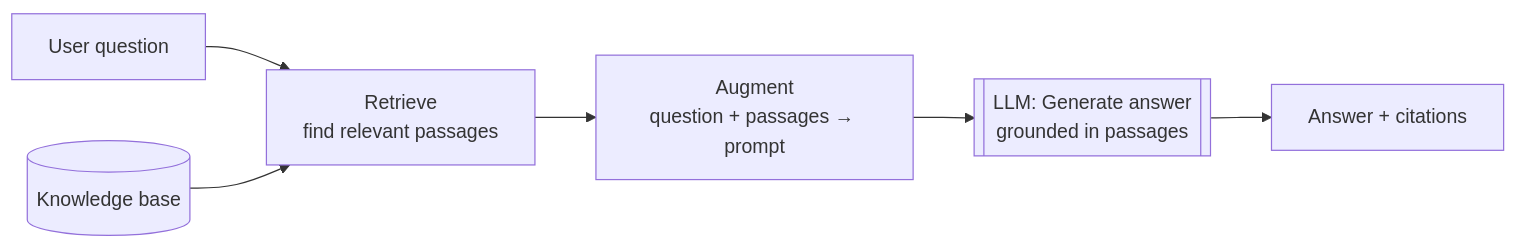
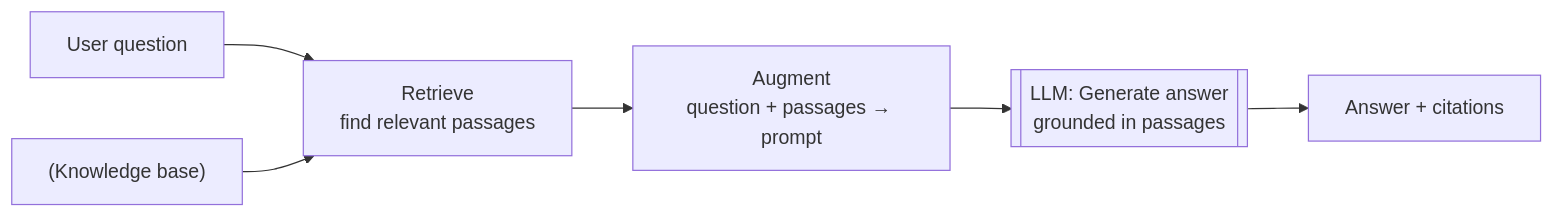
Before and after one commit to pankajThakur1874/studysheet: the first of 5 diagrams in files/Agentic-AI/06-rag-retrieval-augmented-generation.md, drawn with Mermaid. The commit also changed other lines of this file and 102 other files, not shown here.

Commit message:
Auto-fix Mermaid diagram syntax across all study guides to prevent Syntax Error in Mermaid v10

````diff
--- a/files/Agentic-AI/06-rag-retrieval-augmented-generation.md
+++ b/files/Agentic-AI/06-rag-retrieval-augmented-generation.md
@@ -15,8 +15,8 @@
 ```mermaid
 flowchart LR
     Q[User question] --> R["Retrieve<br/>find relevant passages"]
-    KB[(Knowledge base)] --> R
+    KB["(Knowledge base)"] --> R
     R --> A["Augment<br/>question + passages → prompt"]
-    A --> G[[LLM: Generate answer<br/>grounded in passages]]
-    G --> Ans[Answer + citations]
+    A --> G[["LLM: Generate answer<br/>grounded in passages"]]
+    G --> Ans["Answer + citations"]
 ```
````
